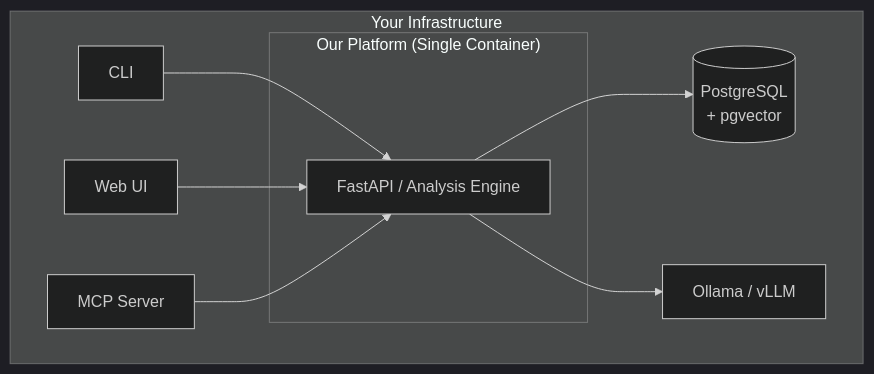
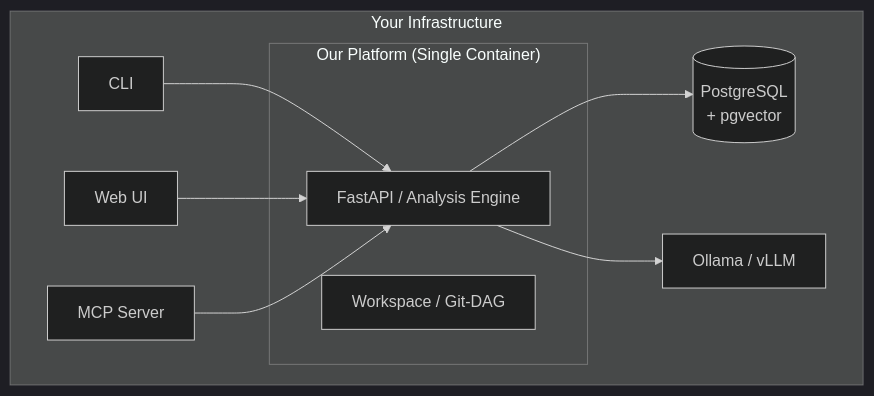
Before and after one commit to bmrtech-oss/code-intel: the third of 3 diagrams in docs/how-code-intel-is-different.md, drawn with Mermaid (dark theme). The commit also changed other lines of this file and 4 other files, not shown here.

````diff
--- a/docs/how-code-intel-is-different.md
+++ b/docs/how-code-intel-is-different.md
@@ -55,21 +102,22 @@
 ```mermaid
 graph TB
     subgraph "Your Infrastructure"
         CLI[CLI]
         UI[Web UI]
         MCP[MCP Server]
 
         subgraph "Our Platform (Single Container)"
             API[FastAPI / Analysis Engine]
+            WS[Workspace / Git-DAG]
         end
 
         PG[(PostgreSQL<br/>+ pgvector)]
         OLLAMA[Ollama / vLLM]
     end
 
     CLI --> API
     UI --> API
     MCP --> API
     API --> PG
     API --> OLLAMA
 ```
````
